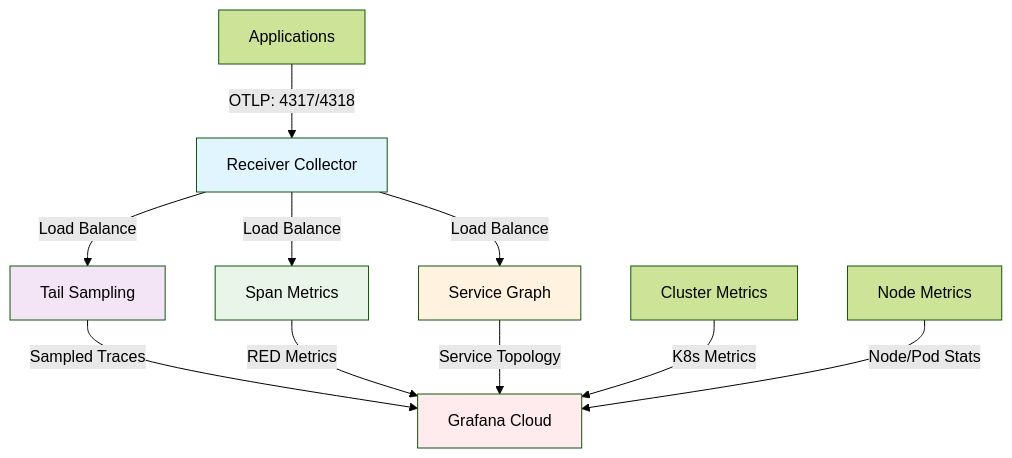
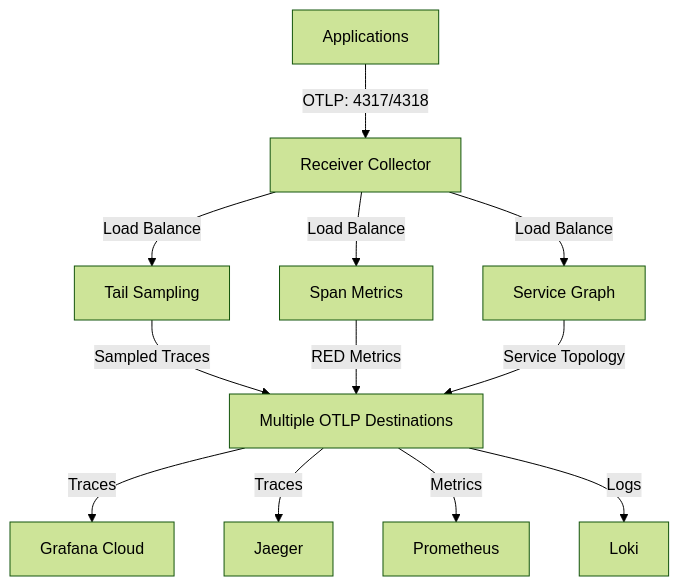
One commit to mbaykara/otelcollector-scalable changed the diagram in README.md. Above: the diagram before and after it, drawn with Mermaid (forest theme). The commit also changed other lines of this file and 1 other file, not shown here.

````diff
--- a/README.md
+++ b/README.md
@@ -9,20 +15,16 @@
 ```mermaid
 graph TD
     A[Applications] -->|OTLP: 4317/4318| B[Receiver Collector]
     B -->|Load Balance| C[Tail Sampling]
     B -->|Load Balance| D[Span Metrics]
     B -->|Load Balance| E[Service Graph]
     
-    C -->|Sampled Traces| F[Grafana Cloud]
+    C -->|Sampled Traces| F[Multiple OTLP Destinations]
     D -->|RED Metrics| F
     E -->|Service Topology| F
     
-    G[Cluster Metrics] -->|K8s Metrics| F
-    H[Node Metrics] -->|Node/Pod Stats| F
-    
-    style B fill:#e1f5fe
-    style C fill:#f3e5f5
-    style D fill:#e8f5e8
-    style E fill:#fff3e0
-    style F fill:#ffebee
+    F -->|Traces| I[Grafana Cloud]
+    F -->|Traces| J[Jaeger]
+    F -->|Metrics| K[Prometheus]
+    F -->|Logs| L[Loki]
 ```
````
